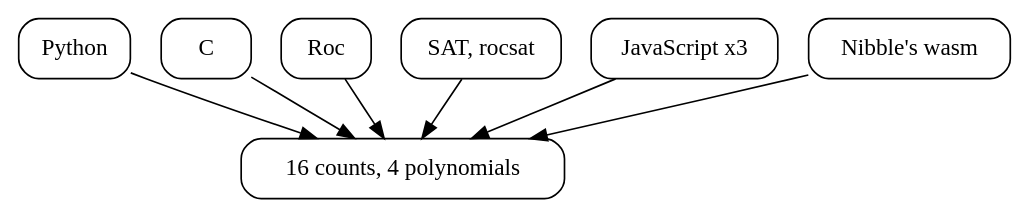
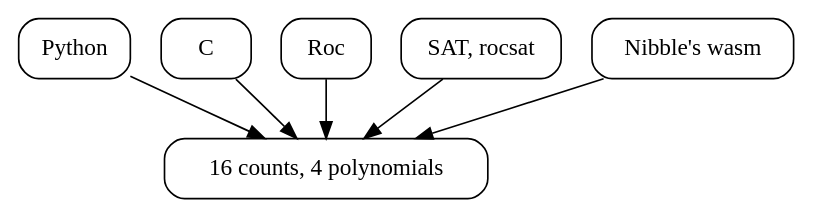
The eighth of 8 diagrams in book/book.md (showell/cook-levin-riff), drawn with Graphviz before and after one commit. The commit also changed other lines of this file, not shown here.

First line of the commit message:
Book: one role per language, and the JavaScript port only at the end

````diff
--- a/book/book.md
+++ b/book/book.md
@@ -2465,18 +2465,16 @@
 ```dot
 digraph {
   node [shape=box, style=rounded];
   answers [label="16 counts, 4 polynomials"];
   python [label="Python"];
   c [label="C"];
   roc [label="Roc"];
   sat [label="SAT, rocsat"];
-  js [label="JavaScript x3"];
   nibble [label="Nibble's wasm"];
   python -> answers;
   c -> answers;
   roc -> answers;
   sat -> answers;
-  js -> answers;
   nibble -> answers;
 }
 ```
````
